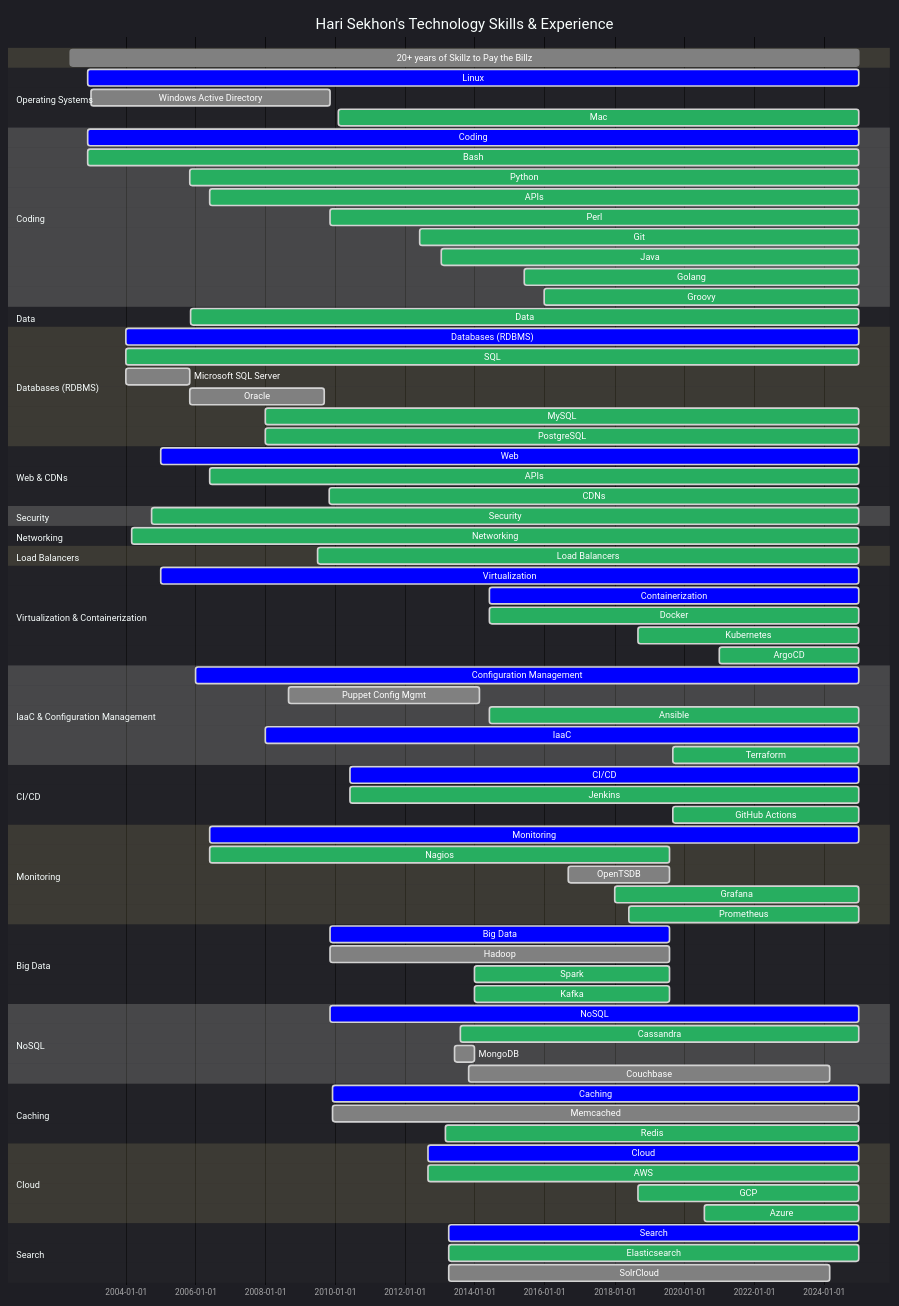
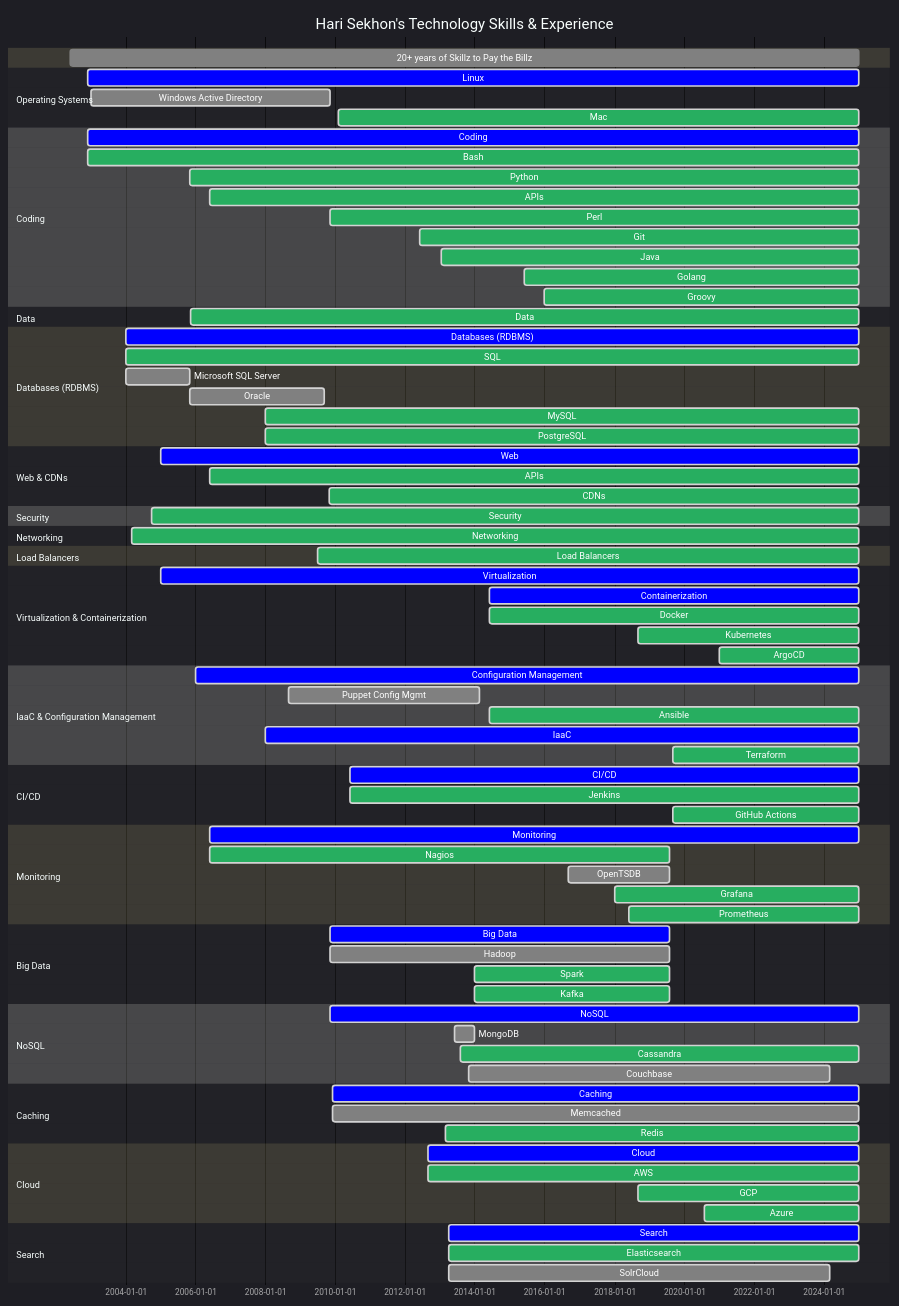
Before and after one commit to HariSekhon/HariSekhon: the diagram in README.md, drawn with Mermaid. The commit also changed other lines of this file, not shown here.

```diff
--- a/README.md
+++ b/README.md
@@ -449,8 +449,8 @@
 
     section NoSQL
     NoSQL                  : crit, 2009-11-13, 2024-12-31
+    MongoDB                : done, 2013-06-01, 2013-12-31
     Cassandra              : active, 2013-08-01, 2024-12-31
-    MongoDB                : done, 2013-06-01, 2013-12-31
     Couchbase              : done, 2013-11-01, 2024-03-01
 
     section Caching
```
